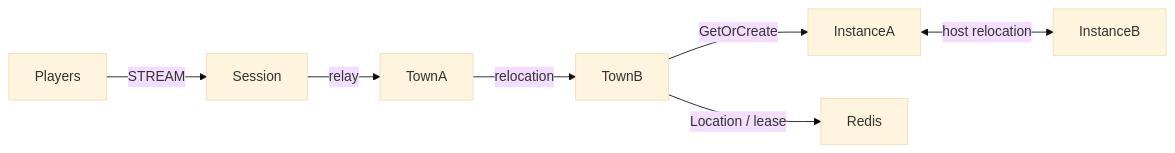
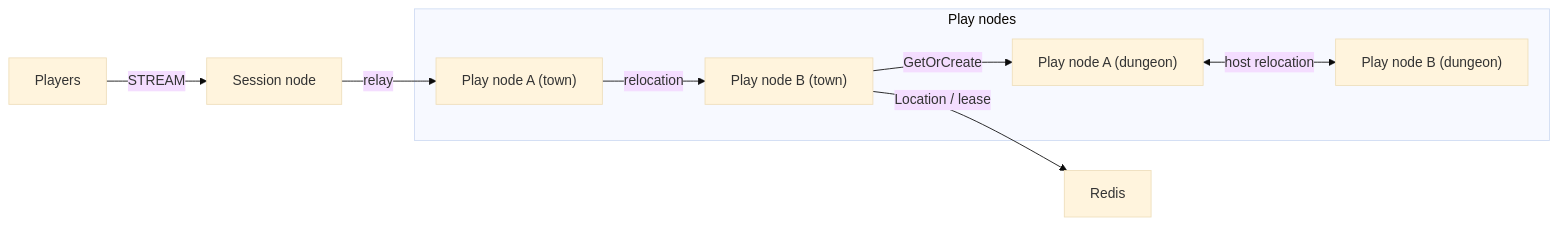
One commit to zlink-systems/zlink changed the diagram in framework/languages/cpp/templates/morpg-channel-town/my-game/README.md. Above: the diagram before and after it, drawn with Mermaid (base theme). The commit also changed other lines of this file and 223 other files, not shown here.

First line of the commit message:
docs(templates): 모든 템플릿의 노드 이름을 Session node · Play node · API node로 (#5350)

````diff
--- a/framework/languages/cpp/templates/morpg-channel-town/my-game/README.md
+++ b/framework/languages/cpp/templates/morpg-channel-town/my-game/README.md
@@ -5,9 +5,15 @@
 ```mermaid
 flowchart LR
-  Players -->|STREAM| Session
+  subgraph playNodes["Play nodes"]
+    TownA["Play node A (town)"]
+    TownB["Play node B (town)"]
+    InstanceA["Play node A (dungeon)"]
+    InstanceB["Play node B (dungeon)"]
+  end
+  Players -->|STREAM| Session["Session node"]
   Session -->|relay| TownA
   TownA -->|relocation| TownB
   TownB -->|GetOrCreate| InstanceA
   InstanceA <-->|host relocation| InstanceB
   TownB -->|Location / lease| Redis
 ```
````
